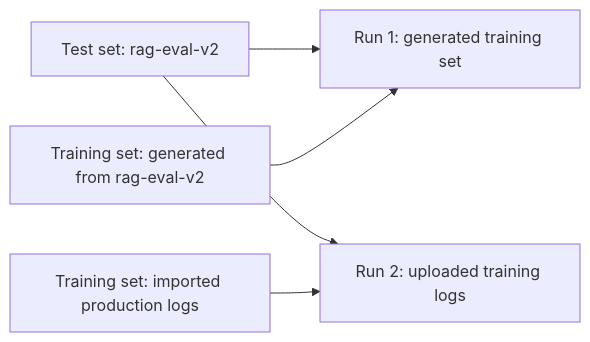
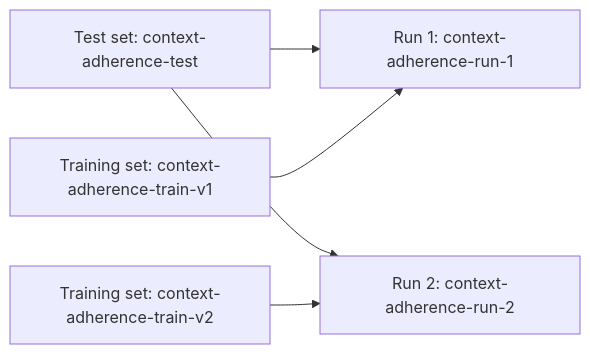
The diagram in luna-studio/ui/datasets/overview.mdx (rungalileo/docs-official), drawn with Mermaid before and after one commit. The commit also changed other lines of this file and 10 other files, not shown here.

````diff
--- a/luna-studio/ui/datasets/overview.mdx
+++ b/luna-studio/ui/datasets/overview.mdx
@@ -49,7 +28,7 @@
 ```mermaid
 flowchart LR
-  TestSet1["Test set: rag-eval-v2"] --> Run1["Run 1: generated training set"]
-  TestSet1 --> Run2["Run 2: uploaded training logs"]
-  TrainSet1["Training set: generated from rag-eval-v2"] --> Run1
-  TrainSet2["Training set: imported production logs"] --> Run2
+  TestSet1["Test set: context-adherence-test"] --> Run1["Run 1: context-adherence-run-1"]
+  TrainSet1["Training set: context-adherence-train-v1"] --> Run1
+  TestSet1 --> Run2["Run 2: context-adherence-run-2"]
+  TrainSet2["Training set: context-adherence-train-v2"] --> Run2
 ```
````
